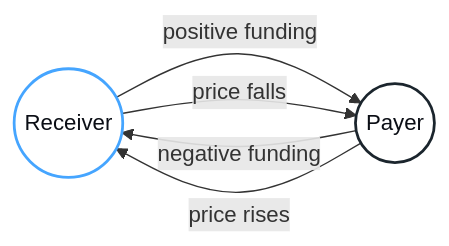
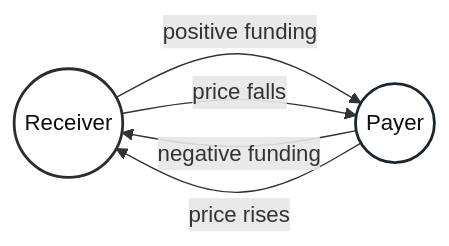
One commit to Null-Solutions/v1-docs changed the diagram in diagrams/protocol-overview.mmd. Above: the diagram before and after it, drawn with Mermaid. The commit also changed 13 other files, not shown here.

```diff
--- a/diagrams/protocol-overview.mmd
+++ b/diagrams/protocol-overview.mmd
@@ -1,13 +1,13 @@
 flowchart LR
   receiver(("Receiver"))
   payer(("Payer"))
 
   receiver -- "positive funding" --> payer
   payer -- "negative funding" --> receiver
   payer -- "price rises" --> receiver
   receiver -- "price falls" --> payer
 
-  classDef receiver fill:#FFFFFF,color:#0B0E15,stroke:#45A5FF,stroke-width:2px;
+  classDef receiver fill:#FFFFFF,color:#0B0E15,stroke:#2D2C2C,stroke-width:2px;
   classDef payer fill:#FFFFFF,color:#0B0E15,stroke:#1B252D,stroke-width:2px;
   class receiver receiver;
   class payer payer;
```
